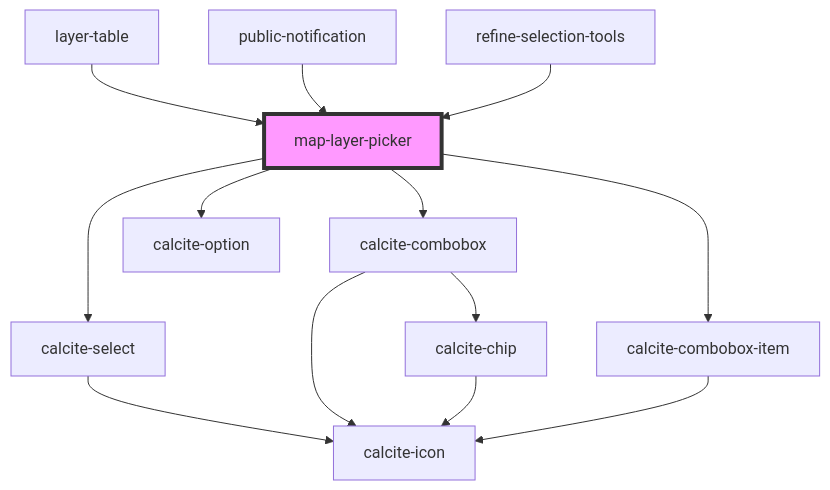
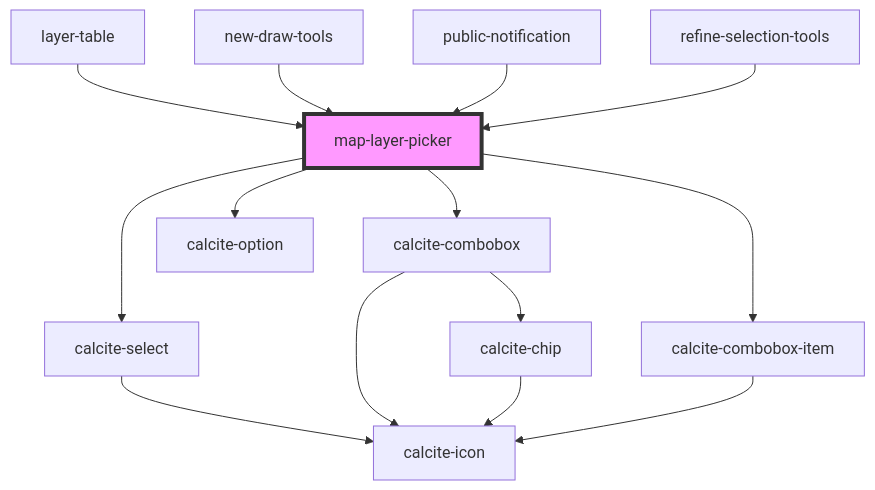
The diagram in src/components/map-layer-picker/readme.md (Esri/solutions-components), drawn with Mermaid before and after one commit. The commit also changed other lines of this file and 18 other files, not shown here.

First line of the commit message:
start to consolidate draw and refine tools

````diff
--- a/src/components/map-layer-picker/readme.md
+++ b/src/components/map-layer-picker/readme.md
@@ -41,16 +42,17 @@
 ```mermaid
 graph TD;
   map-layer-picker --> calcite-select
   map-layer-picker --> calcite-combobox
   map-layer-picker --> calcite-combobox-item
   map-layer-picker --> calcite-option
   calcite-select --> calcite-icon
   calcite-combobox --> calcite-chip
   calcite-combobox --> calcite-icon
   calcite-chip --> calcite-icon
   calcite-combobox-item --> calcite-icon
   layer-table --> map-layer-picker
+  new-draw-tools --> map-layer-picker
   public-notification --> map-layer-picker
   refine-selection-tools --> map-layer-picker
   style map-layer-picker fill:#f9f,stroke:#333,stroke-width:4px
 ```
````
